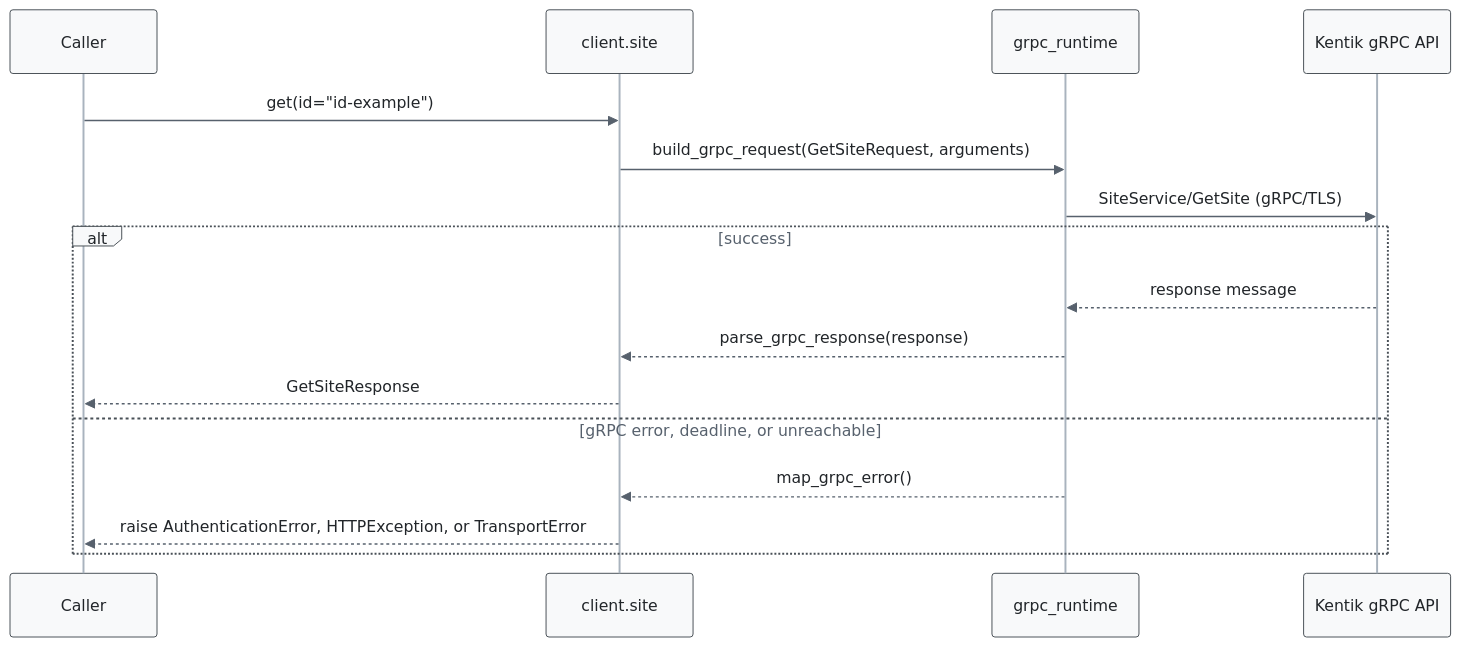
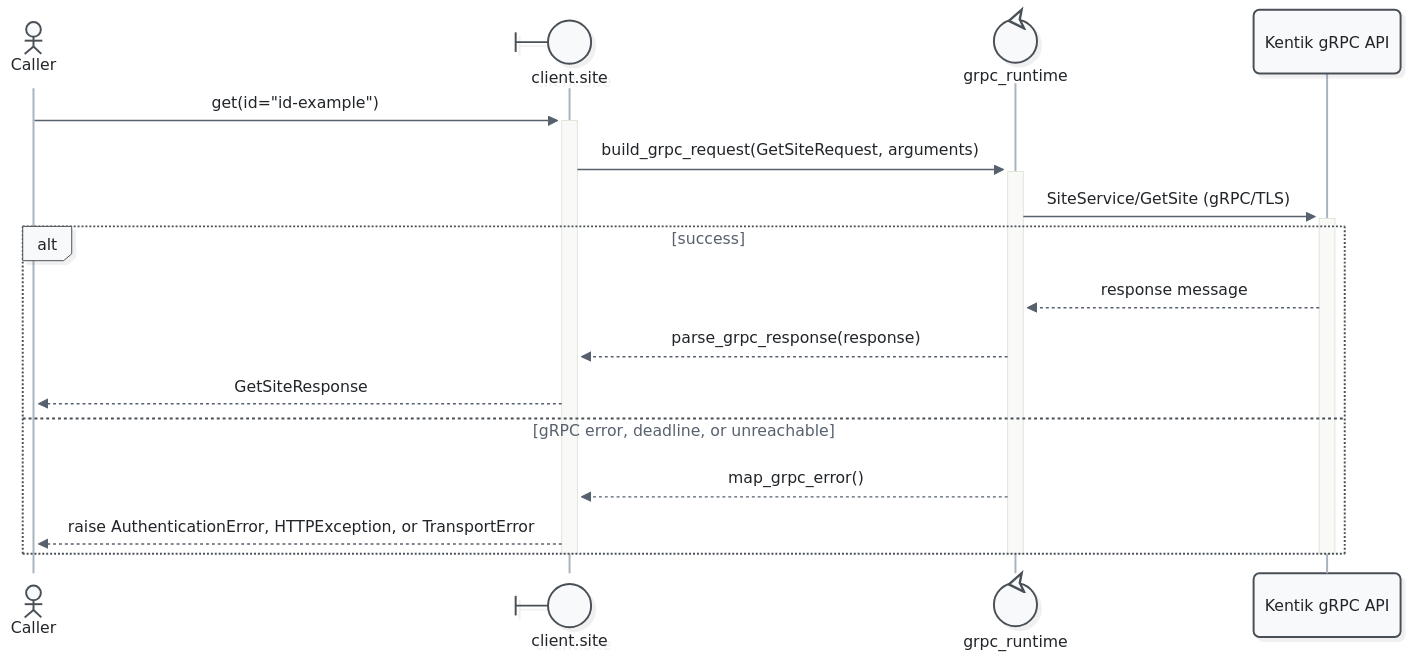
Diagram 16 of 21 in docs/sphinx/services/site.md (alexdearaujo/community_sdk_python), drawn with Mermaid before and after one commit. The commit also changed other lines of this file and 52 other files, not shown here.

First line of the commit message:
docs: Mermaid 12 sequence diagrams with participant types and path colors

````diff
--- a/docs/sphinx/services/site.md
+++ b/docs/sphinx/services/site.md
@@ -590,20 +627,23 @@
 ```mermaid
-%%{init: {"theme": "base", "fontFamily": "ui-monospace, SFMono-Regular, Menlo, monospace", "themeVariables": {"fontFamily": "ui-monospace, SFMono-Regular, Menlo, monospace", "primaryColor": "#f8f9fa", "primaryBorderColor": "#495057", "primaryTextColor": "#212529", "textColor": "#212529", "lineColor": "#77818c", "edgeLabelBackground": "#ffffff", "actorBkg": "#f8f9fa", "actorBorder": "#495057", "actorTextColor": "#212529", "actorLineColor": "#a9b3be", "signalColor": "#57616d", "signalTextColor": "#212529", "labelBoxBkgColor": "#f8f9fa", "labelBoxBorderColor": "#495057", "labelTextColor": "#212529", "loopTextColor": "#57616d", "noteBkgColor": "#fff9db", "noteBorderColor": "#f08c00", "noteTextColor": "#a35a00"}, "flowchart": {"curve": "step", "nodeSpacing": 30, "rankSpacing": 70, "wrappingWidth": 400}}}%%
+%%{init: {"theme": "redux", "look": "neo", "layout": "dagre", "fontFamily": "ui-monospace, SFMono-Regular, Menlo, monospace", "themeVariables": {"fontFamily": "ui-monospace, SFMono-Regular, Menlo, monospace", "primaryColor": "#f8f9fa", "primaryBorderColor": "#495057", "primaryTextColor": "#212529", "textColor": "#212529", "lineColor": "#77818c", "edgeLabelBackground": "#ffffff", "actorBkg": "#f8f9fa", "actorBorder": "#495057", "actorTextColor": "#212529", "actorLineColor": "#a9b3be", "signalColor": "#57616d", "signalTextColor": "#212529", "labelBoxBkgColor": "#f8f9fa", "labelBoxBorderColor": "#495057", "labelTextColor": "#212529", "loopTextColor": "#57616d", "noteBkgColor": "#fff9db", "noteBorderColor": "#f08c00", "noteTextColor": "#a35a00"}, "sequence": {"activationWidth": 16}, "flowchart": {"curve": "step", "nodeSpacing": 30, "rankSpacing": 70, "wrappingWidth": 400}}}%%
 sequenceDiagram
-    participant C as Caller
-    participant W as client.site
-    participant R as grpc_runtime
+    actor C as Caller
+    participant W@{ "type": "boundary" } as client.site
+    participant R@{ "type": "control" } as grpc_runtime
     participant API as Kentik gRPC API
 
-    C->>W: get(id="id-example")
-    W->>R: build_grpc_request(GetSiteRequest, arguments)
-    R->>API: SiteService/GetSite (gRPC/TLS)
+    C->>+W: get(id="id-example")
+    W->>+R: build_grpc_request(GetSiteRequest, arguments)
+    R->>+API: SiteService/GetSite (gRPC/TLS)
     alt success
         API-->>R: response message
         R-->>W: parse_grpc_response(response)
         W-->>C: GetSiteResponse
     else gRPC error, deadline, or unreachable
         R-->>W: map_grpc_error()
         W-->>C: raise AuthenticationError, HTTPException, or TransportError
     end
+    deactivate API
+    deactivate R
+    deactivate W
 ```
````
